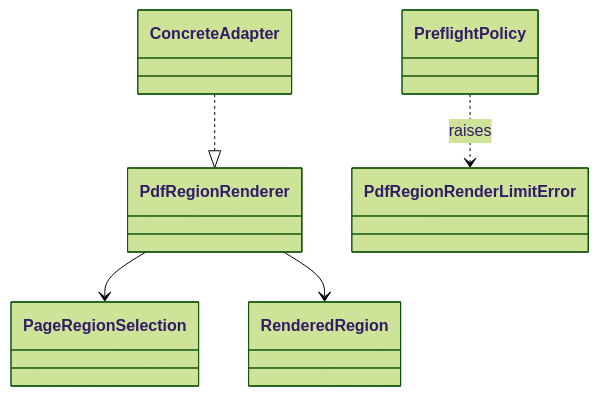
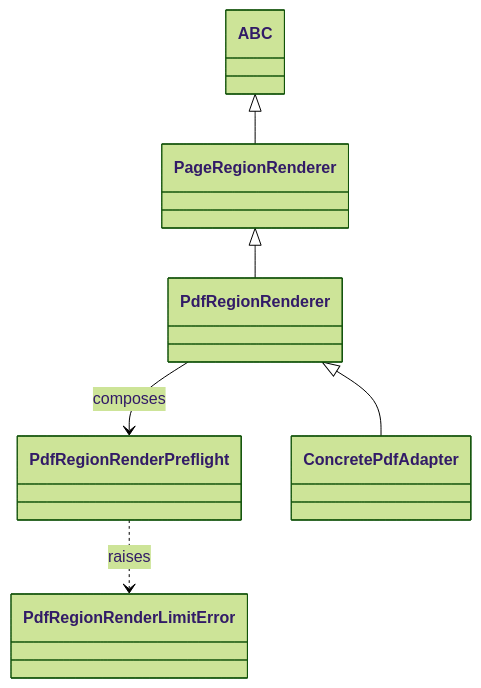
The diagram in docs/architecture/projectkoios/ingestion/pdf/renderer/schematic.md (eragasa/projectkoios-ingestion), drawn with Mermaid (forest theme) before and after one commit. The commit also changed other lines of this file and 74 other files, not shown here.

Commit message:
Document nominal page renderer architecture

````diff
--- a/docs/architecture/projectkoios/ingestion/pdf/renderer/schematic.md
+++ b/docs/architecture/projectkoios/ingestion/pdf/renderer/schematic.md
@@ -3,14 +3,15 @@
 ```mermaid
 classDiagram
+    class ABC
+    class PageRegionRenderer
     class PdfRegionRenderer
     class PdfRegionRenderLimitError
-    class PageRegionSelection
-    class RenderedRegion
-    class ConcreteAdapter
-    class PreflightPolicy
+    class PdfRegionRenderPreflight
+    class ConcretePdfAdapter
 
-    PdfRegionRenderer --> PageRegionSelection
-    PdfRegionRenderer --> RenderedRegion
-    ConcreteAdapter ..|> PdfRegionRenderer
-    PreflightPolicy ..> PdfRegionRenderLimitError : raises
+    ABC <|-- PageRegionRenderer
+    PageRegionRenderer <|-- PdfRegionRenderer
+    PdfRegionRenderer <|-- ConcretePdfAdapter
+    PdfRegionRenderer --> PdfRegionRenderPreflight : composes
+    PdfRegionRenderPreflight ..> PdfRegionRenderLimitError : raises
 ```
````
